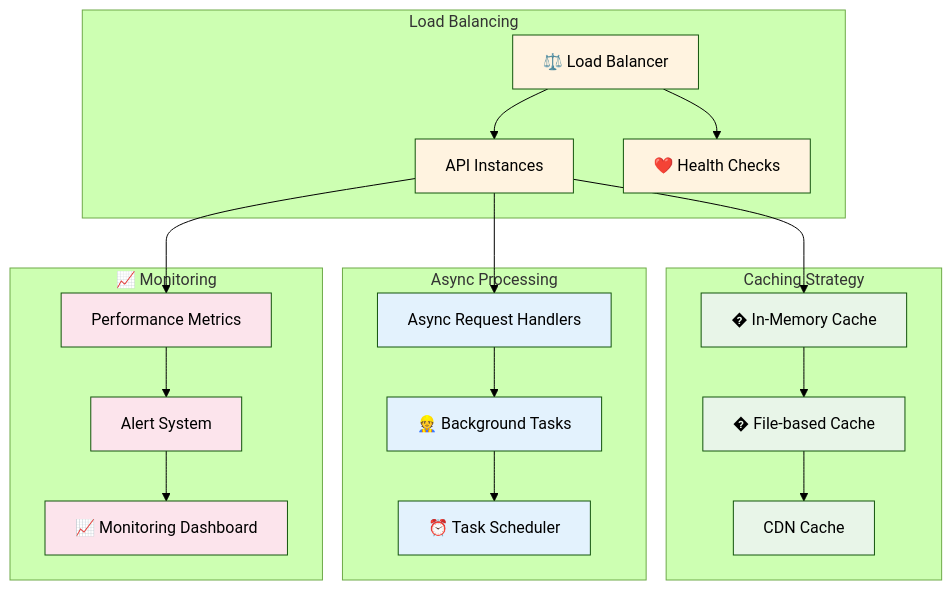
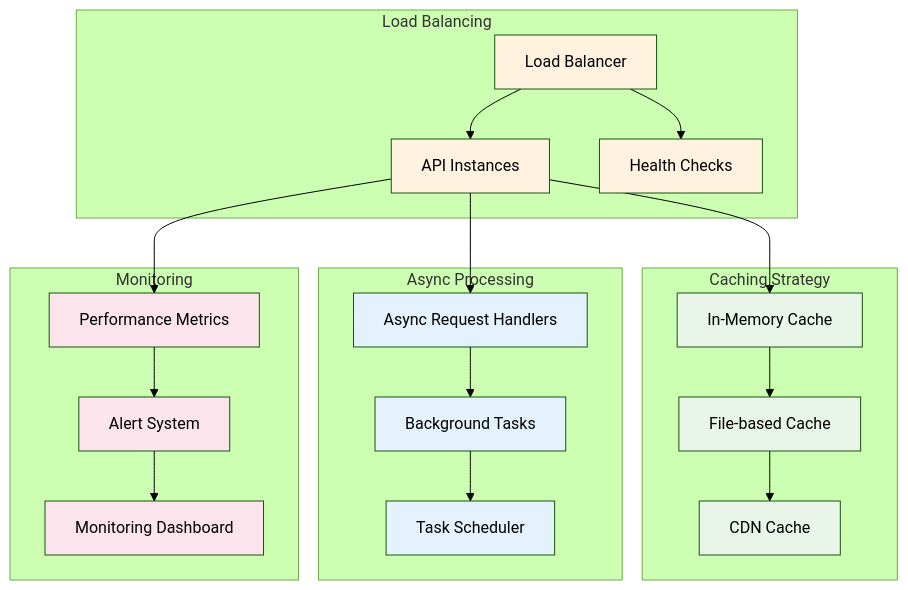
Diagram 13 of 13 in docs/architecture/README.md (the-ingenious-dark-knight/Insight_Ingenious), drawn with Mermaid (forest theme) before and after one commit. The commit also changed other lines of this file and 17 other files, not shown here.

````diff
--- a/docs/architecture/README.md
+++ b/docs/architecture/README.md
@@ -695,52 +688,52 @@
 ```mermaid
 graph TB
-    subgraph " Caching Strategy"
-        MEMORY[� In-Memory Cache]
-        FILE_CACHE[� File-based Cache]
-        CDN[ CDN Cache]
+    subgraph "Caching Strategy"
+        MEMORY[In-Memory Cache]
+        FILE_CACHE[File-based Cache]
+        CDN[CDN Cache]
     end
 
-    subgraph " Load Balancing"
-        LOAD_BALANCER[⚖️ Load Balancer]
-        API_INSTANCES[ API Instances]
-        HEALTH_CHECK[❤️ Health Checks]
+    subgraph "Load Balancing"
+        LOAD_BALANCER[Load Balancer]
+        API_INSTANCES[API Instances]
+        HEALTH_CHECK[Health Checks]
     end
 
-    subgraph " Async Processing"
-        ASYNC_HANDLERS[ Async Request Handlers]
-        BACKGROUND_TASKS[👷 Background Tasks]
-        SCHEDULER[⏰ Task Scheduler]
+    subgraph "Async Processing"
+        ASYNC_HANDLERS[Async Request Handlers]
+        BACKGROUND_TASKS[Background Tasks]
+        SCHEDULER[Task Scheduler]
     end
 
-    subgraph "📈 Monitoring"
-        METRICS[ Performance Metrics]
-        ALERTS[ Alert System]
-        DASHBOARDS[📈 Monitoring Dashboard]
+    subgraph "Monitoring"
+        METRICS[Performance Metrics]
+        ALERTS[Alert System]
+        DASHBOARDS[Monitoring Dashboard]
     end
 
     MEMORY --> FILE_CACHE
     FILE_CACHE --> CDN
 
     LOAD_BALANCER --> API_INSTANCES
     LOAD_BALANCER --> HEALTH_CHECK
 
     ASYNC_HANDLERS --> BACKGROUND_TASKS
     BACKGROUND_TASKS --> SCHEDULER
 
     METRICS --> ALERTS
     ALERTS --> DASHBOARDS
 
     API_INSTANCES --> MEMORY
     API_INSTANCES --> ASYNC_HANDLERS
     API_INSTANCES --> METRICS
 
     classDef cache fill:#e8f5e8
     classDef balance fill:#fff3e0
     classDef async fill:#e3f2fd
     classDef monitor fill:#fce4ec
 
     class MEMORY,FILE_CACHE,CDN cache
     class LOAD_BALANCER,API_INSTANCES,HEALTH_CHECK balance
     class ASYNC_HANDLERS,BACKGROUND_TASKS,SCHEDULER async
     class METRICS,ALERTS,DASHBOARDS monitor
 ```
````
